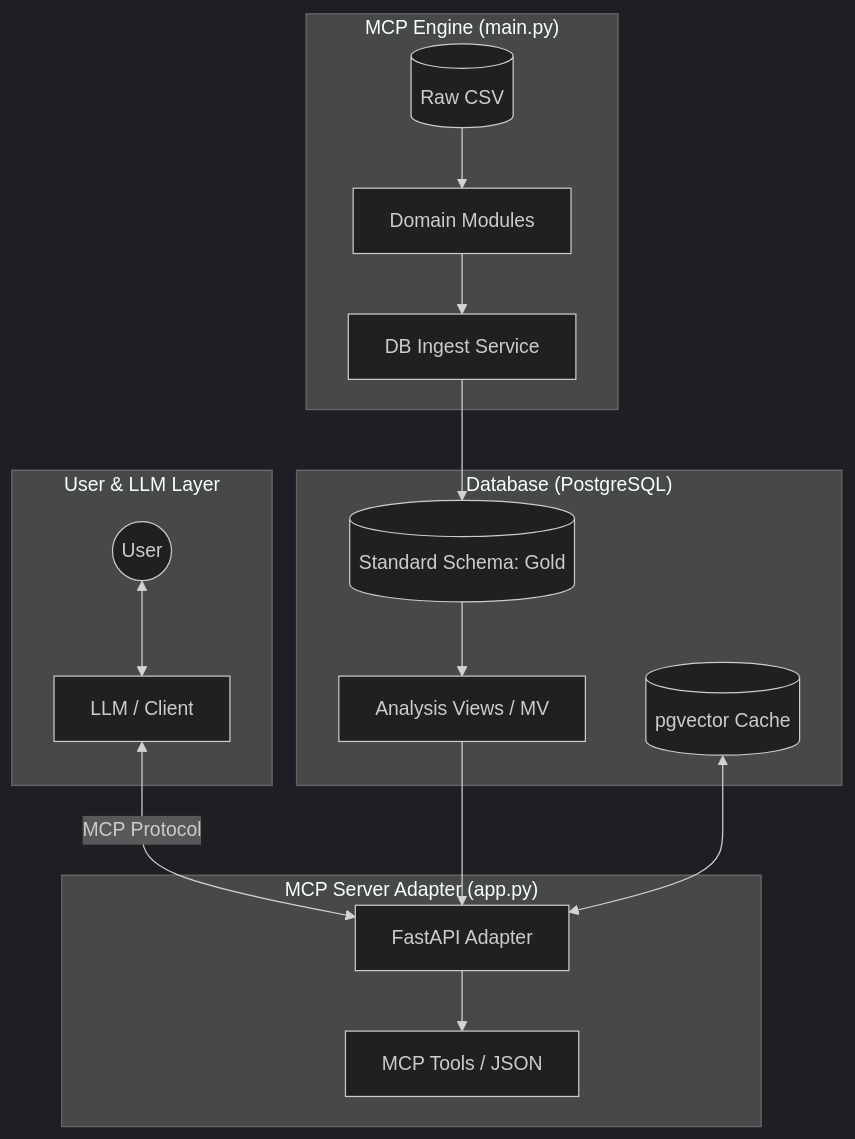
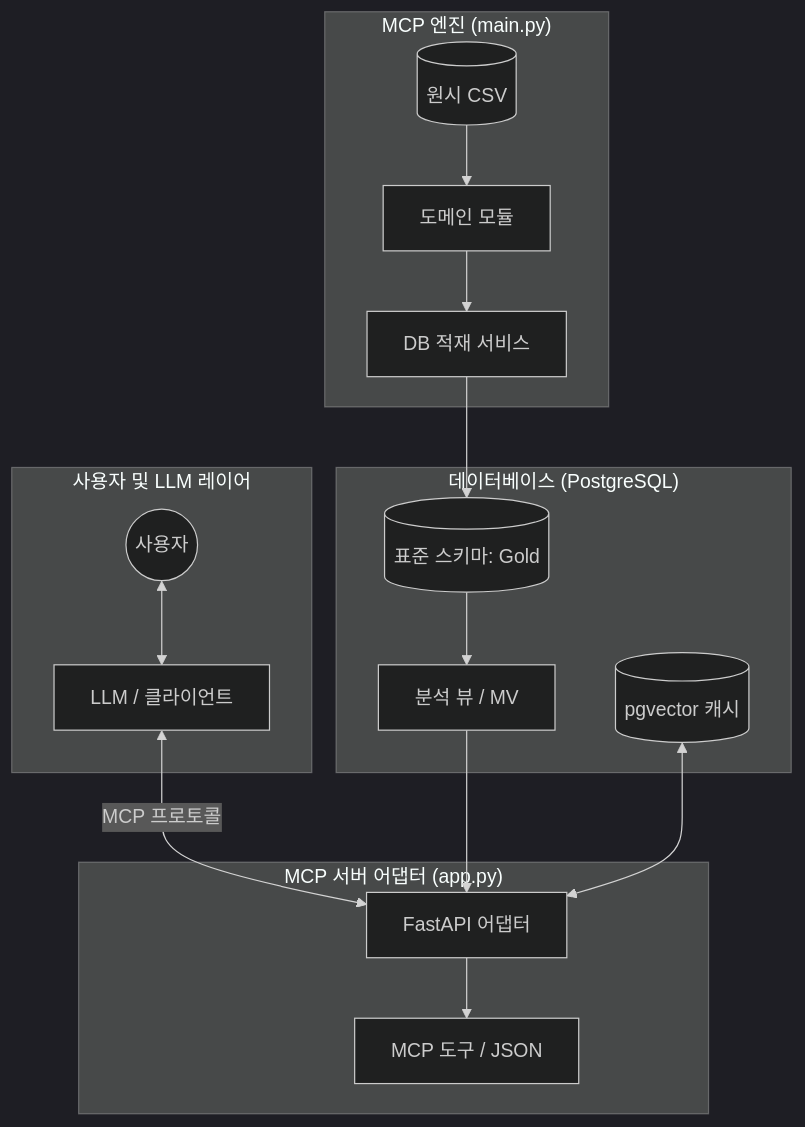
Before and after one commit to squirrelabbit/mcp: the first of 2 diagrams in README.md, drawn with Mermaid (dark theme). The commit also changed other lines of this file, not shown here.

````diff
--- a/README.md
+++ b/README.md
@@ -40,23 +31,24 @@
 ```mermaid
 graph TD
-  subgraph "User & LLM Layer"
-    User((User)) <--> LLM[LLM / Client]
+  subgraph "사용자 및 LLM 레이어"
+    User((사용자)) <--> LLM[LLM / 클라이언트]
   end
 
-  subgraph "MCP Server Adapter (app.py)"
-    LLM <-- "MCP Protocol" --> Adapter[FastAPI Adapter]
-    Adapter --> Tool[MCP Tools / JSON]
+  subgraph "MCP 서버 어댑터 (app.py)"
+    LLM <-- "MCP 프로토콜" --> Adapter[FastAPI 어댑터]
+    Adapter --> Tool[MCP 도구 / JSON]
   end
 
-  subgraph "MCP Engine (main.py)"
-    Raw[(Raw CSV)] --> Domain[Domain Modules]
-    Domain --> Ingest[DB Ingest Service]
+  subgraph "MCP 엔진 (main.py)"
+    Raw[(원시 CSV)] --> Domain[도메인 모듈]
+    Domain --> Ingest[DB 적재 서비스]
   end
 
-  subgraph "Database (PostgreSQL)"
-    Ingest --> Gold[(Standard Schema: Gold)]
-    Gold --> Views[Analysis Views / MV]
+  subgraph "데이터베이스 (PostgreSQL)"
+    Ingest --> Gold[(표준 스키마: Gold)]
+    Gold --> Views[분석 뷰 / MV]
     Views --> Adapter
-    Vector[(pgvector Cache)] <--> Adapter
+    Vector[(pgvector 캐시)] <--> Adapter
   end
+
 ```
````
